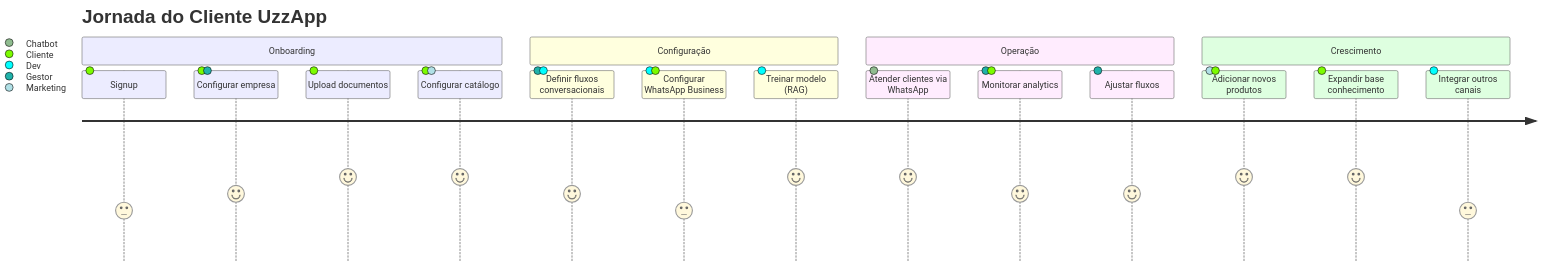
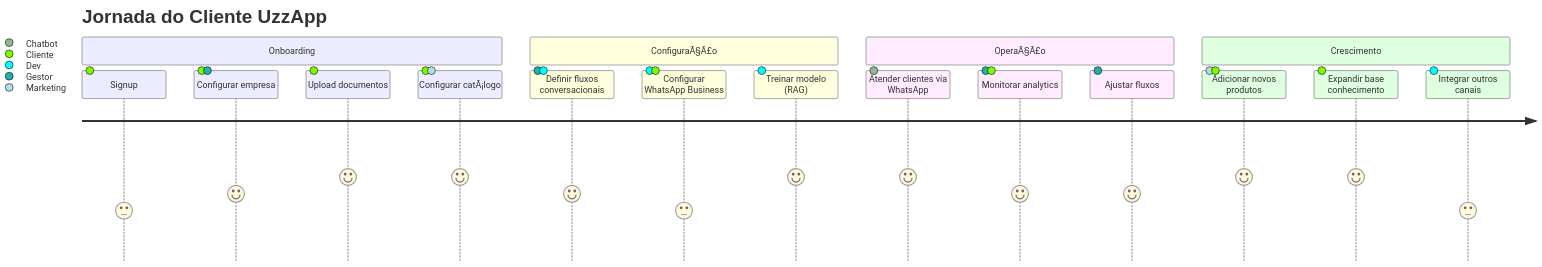
One commit to uzzaidev/UzzOPS-UzzApp changed the first of 3 diagrams in docs/999 - PLANO_EXECUCAO_SISTEMA_GERENCIAMENTO_UZZAPP.md. Above: the diagram before and after it, drawn with Mermaid. The commit also changed other lines of this file and 280 other files, not shown here.

````diff
--- a/docs/999 - PLANO_EXECUCAO_SISTEMA_GERENCIAMENTO_UZZAPP.md
+++ b/docs/999 - PLANO_EXECUCAO_SISTEMA_GERENCIAMENTO_UZZAPP.md
@@ -130,21 +137,21 @@
 ```mermaid
 journey
     title Jornada do Cliente UzzApp
     section Onboarding
       Signup: 3: Cliente
       Configurar empresa: 4: Cliente, Gestor
       Upload documentos: 5: Cliente
-      Configurar catálogo: 5: Cliente, Marketing
-    section Configuração
+      Configurar catÃ¡logo: 5: Cliente, Marketing
+    section ConfiguraÃ§Ã£o
       Definir fluxos conversacionais: 4: Gestor, Dev
       Configurar WhatsApp Business: 3: Dev, Cliente
       Treinar modelo (RAG): 5: Dev
-    section Operação
+    section OperaÃ§Ã£o
       Atender clientes via WhatsApp: 5: Chatbot
       Monitorar analytics: 4: Gestor, Cliente
       Ajustar fluxos: 4: Gestor
     section Crescimento
       Adicionar novos produtos: 5: Marketing, Cliente
       Expandir base conhecimento: 5: Cliente
       Integrar outros canais: 3: Dev
 ```
````
